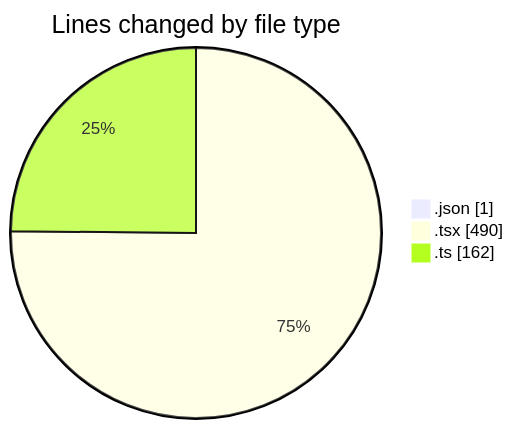
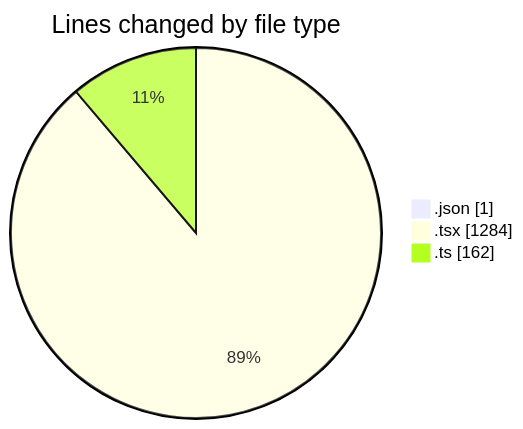
One commit to CELIANVF/code-tracking changed the first of 2 diagrams in 2025-06-10/ecodeli-1/README.md. Above: the diagram before and after it, drawn with Mermaid. The commit also changed other lines of this file and 1 other file, not shown here.

````diff
--- a/2025-06-10/ecodeli-1/README.md
+++ b/2025-06-10/ecodeli-1/README.md
@@ -22,7 +24,7 @@
 ```mermaid
 pie showData
 title Lines changed by file type
 ".json" : 1
-".tsx" : 490
+".tsx" : 1284
 ".ts" : 162
 ```
````
